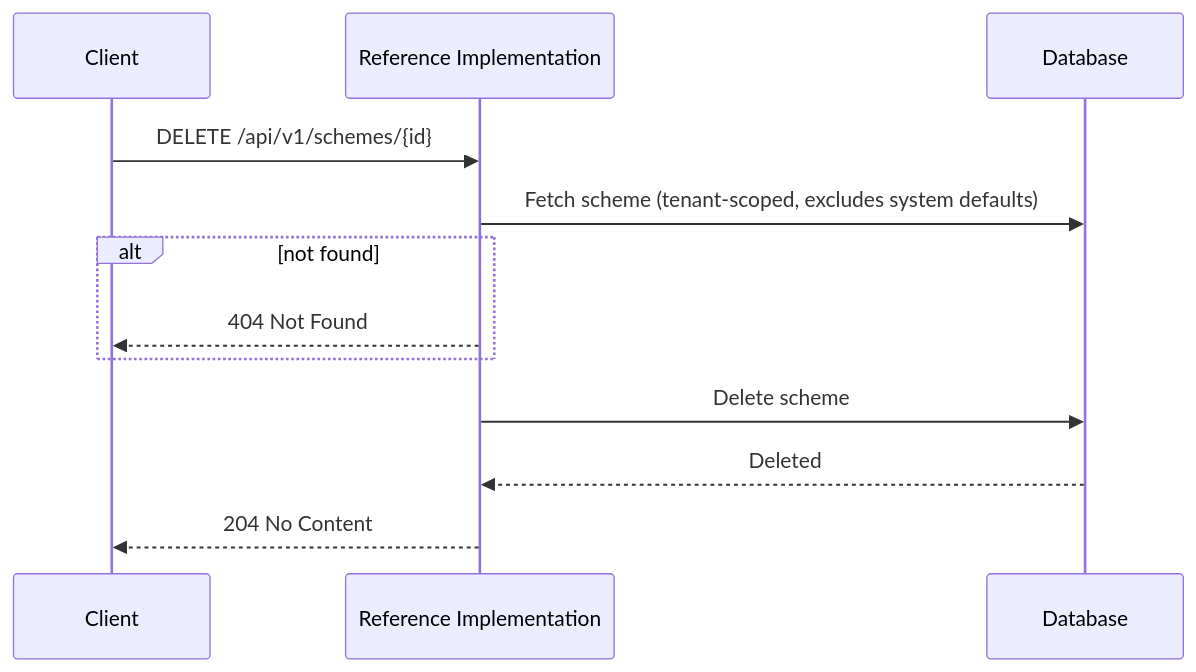
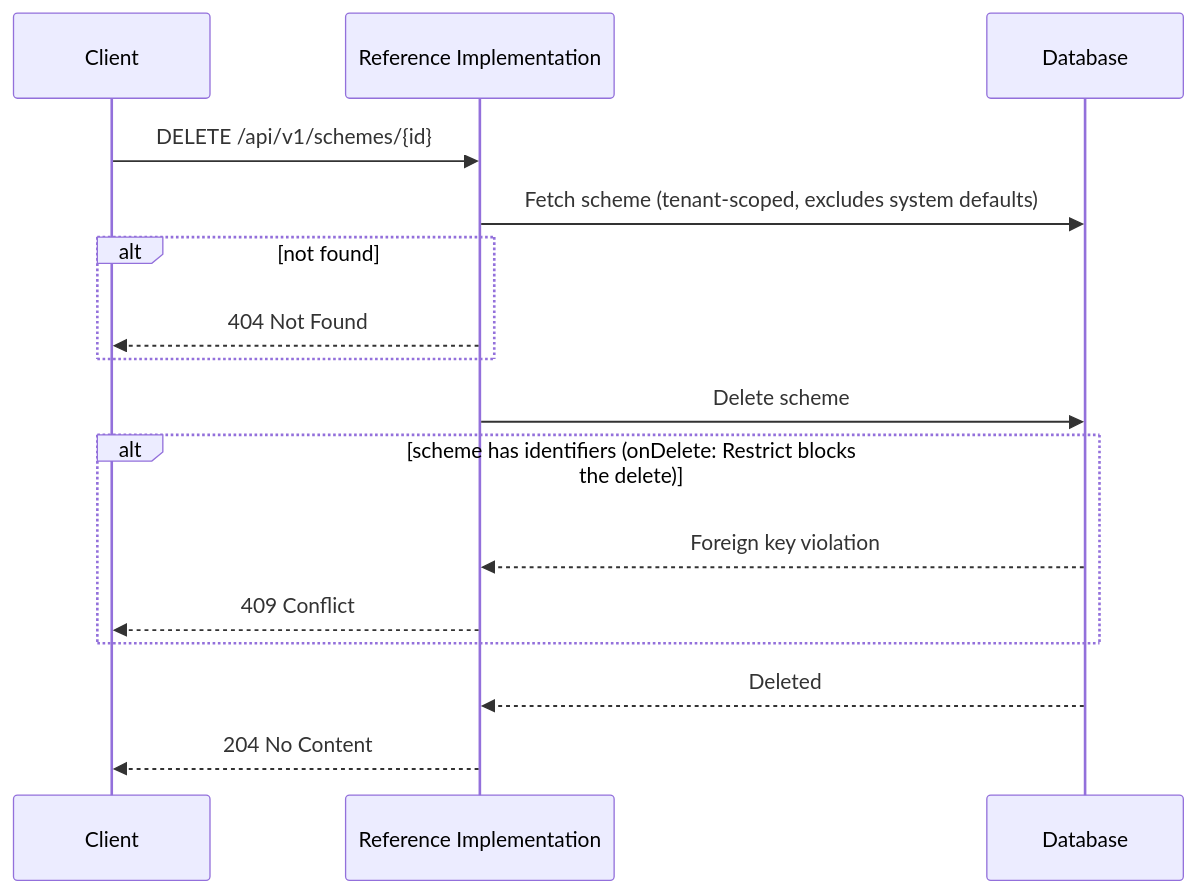
The second of 6 diagrams in documentation/docs/reference-implementation/api/identifiers.md (uncefact/tests-untp), drawn with Mermaid before and after one commit. The commit also changed other lines of this file and 57 other files, not shown here.

````diff
--- a/documentation/docs/reference-implementation/api/identifiers.md
+++ b/documentation/docs/reference-implementation/api/identifiers.md
@@ -187,15 +193,19 @@
 ```mermaid
 sequenceDiagram
     participant Client
     participant RI as Reference Implementation
     participant DB as Database
 
     Client->>RI: DELETE /api/v1/schemes/{id}
     RI->>DB: Fetch scheme (tenant-scoped, excludes system defaults)
     alt not found
         RI-->>Client: 404 Not Found
     end
     RI->>DB: Delete scheme
+    alt scheme has identifiers (onDelete: Restrict blocks the delete)
+        DB-->>RI: Foreign key violation
+        RI-->>Client: 409 Conflict
+    end
     DB-->>RI: Deleted
     RI-->>Client: 204 No Content
 ```
````
